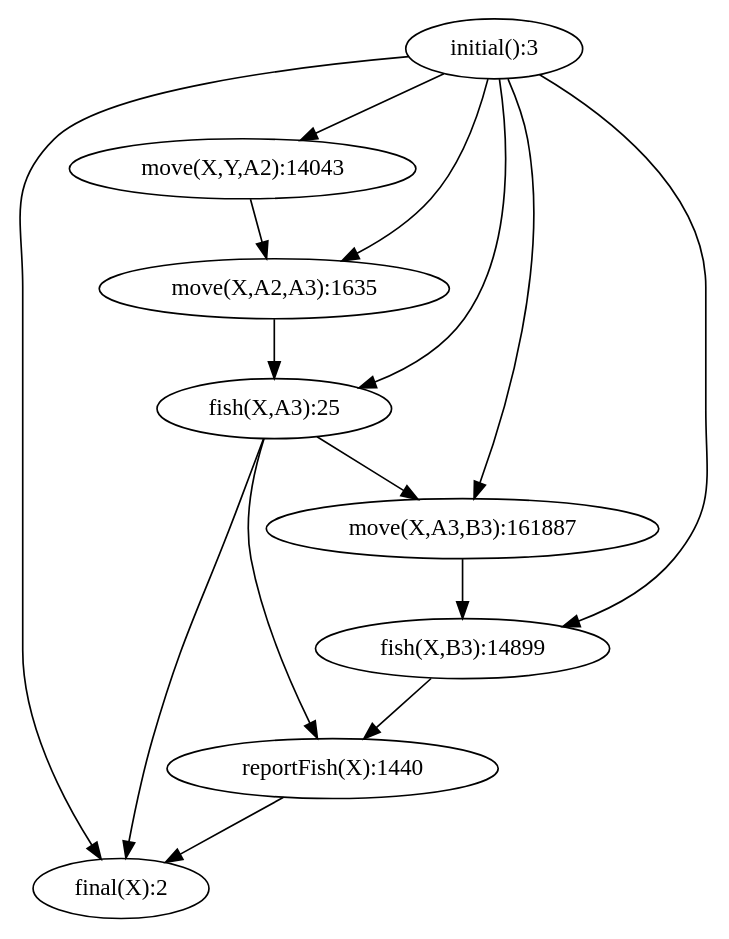
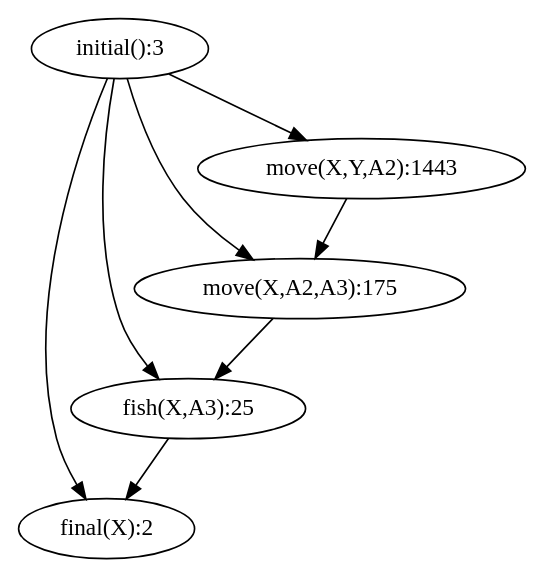
Before and after one commit to tokyramarozaka/mimosa-iriela-extension: the diagram in output/overview.png.dot, drawn with Graphviz. The commit also changed 22 other files, not shown here.

```diff
--- a/output/overview.png.dot
+++ b/output/overview.png.dot
@@ -1,16 +1,9 @@
 digraph G { 
   "initial():3" -> "final(X):2";
   "initial():3" -> "fish(X,A3):25";
-  "initial():3" -> "move(X,A2,A3):1635";
-  "initial():3" -> "move(X,Y,A2):14043";
-  "initial():3" -> "fish(X,B3):14899";
-  "initial():3" -> "move(X,A3,B3):161887";
+  "initial():3" -> "move(X,A2,A3):175";
+  "initial():3" -> "move(X,Y,A2):1443";
   "fish(X,A3):25" -> "final(X):2";
-  "fish(X,A3):25" -> "reportFish(X):1440";
-  "fish(X,A3):25" -> "move(X,A3,B3):161887";
-  "reportFish(X):1440" -> "final(X):2";
-  "move(X,A2,A3):1635" -> "fish(X,A3):25";
-  "move(X,Y,A2):14043" -> "move(X,A2,A3):1635";
-  "fish(X,B3):14899" -> "reportFish(X):1440";
-  "move(X,A3,B3):161887" -> "fish(X,B3):14899";
+  "move(X,A2,A3):175" -> "fish(X,A3):25";
+  "move(X,Y,A2):1443" -> "move(X,A2,A3):175";
 }
```
